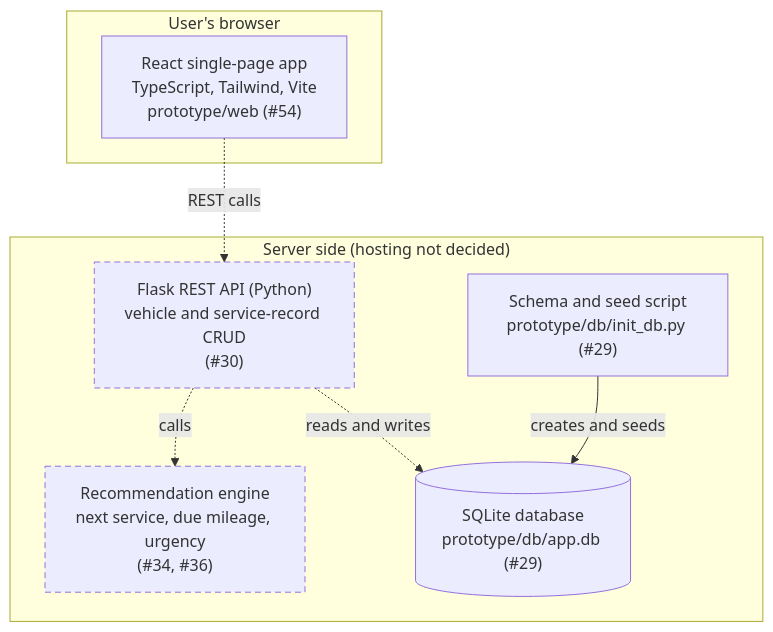
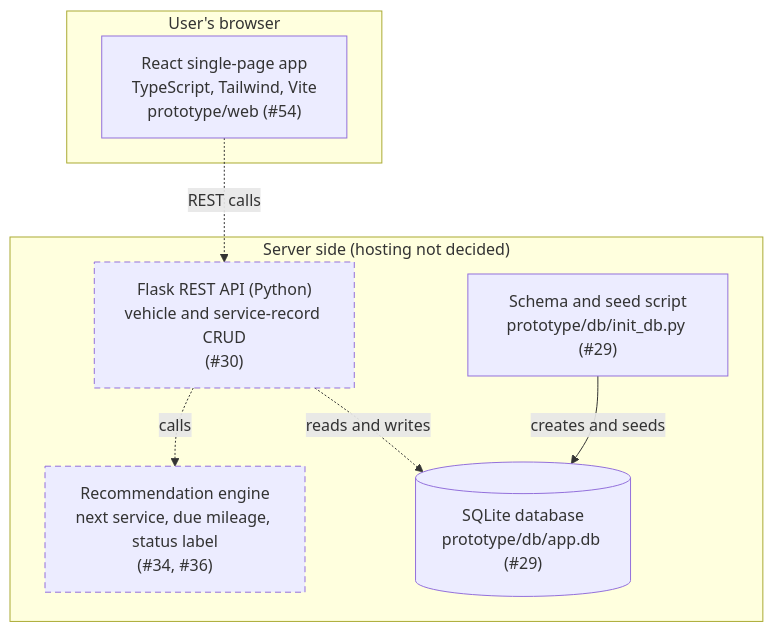
The diagram in docs/design/diagrams/architecture.mmd (TylerWard741/CPSC490-G09-SigmaSquad), drawn with Mermaid before and after one commit. The commit also changed 3 other files, not shown here.

First line of the commit message:
docs: rename urgency to status label and fix Figure 1 label overlap (#51)

```diff
--- a/docs/design/diagrams/architecture.mmd
+++ b/docs/design/diagrams/architecture.mmd
@@ -1,16 +1,16 @@
 flowchart TB
-  subgraph browser["User's browser"]
-    spa["React single-page app<br/>TypeScript, Tailwind, Vite<br/>prototype/web (#54)"]
-  end
-  subgraph server["Server side (hosting not decided)"]
-    api["Flask REST API (Python)<br/>vehicle and service-record CRUD<br/>(#30)"]
-    engine["Recommendation engine<br/>next service, due mileage, urgency<br/>(#34, #36)"]
-    db[("SQLite database<br/>prototype/db/app.db (#29)")]
-    seed["Schema and seed script<br/>prototype/db/init_db.py (#29)"]
-  end
-  spa -.->|"REST calls"| api
-  api -.->|"calls"| engine
-  api -.->|"reads and writes"| db
-  seed -->|"creates and seeds"| db
-  classDef planned stroke-dasharray:6 4;
-  class api,engine planned;
+subgraph browser["User's browser"]
+spa["React single-page app<br/>TypeScript, Tailwind, Vite<br/>prototype/web (#54)"]
+end
+subgraph server["Server side (hosting not decided)"]
+api["Flask REST API (Python)<br/>vehicle and service-record CRUD<br/>(#30)"]
+engine["Recommendation engine<br/>next service, due mileage, status label<br/>(#34, #36)"]
+db[("SQLite database<br/>prototype/db/app.db (#29)")]
+seed["Schema and seed script<br/>prototype/db/init_db.py (#29)"]
+end
+spa -.->|"REST calls"| api
+api -.->|"calls"| engine
+api -.->|"reads and writes"| db
+seed -->|"creates and seeds"| db
+classDef planned stroke-dasharray:6 4;
+class api,engine planned;
```
